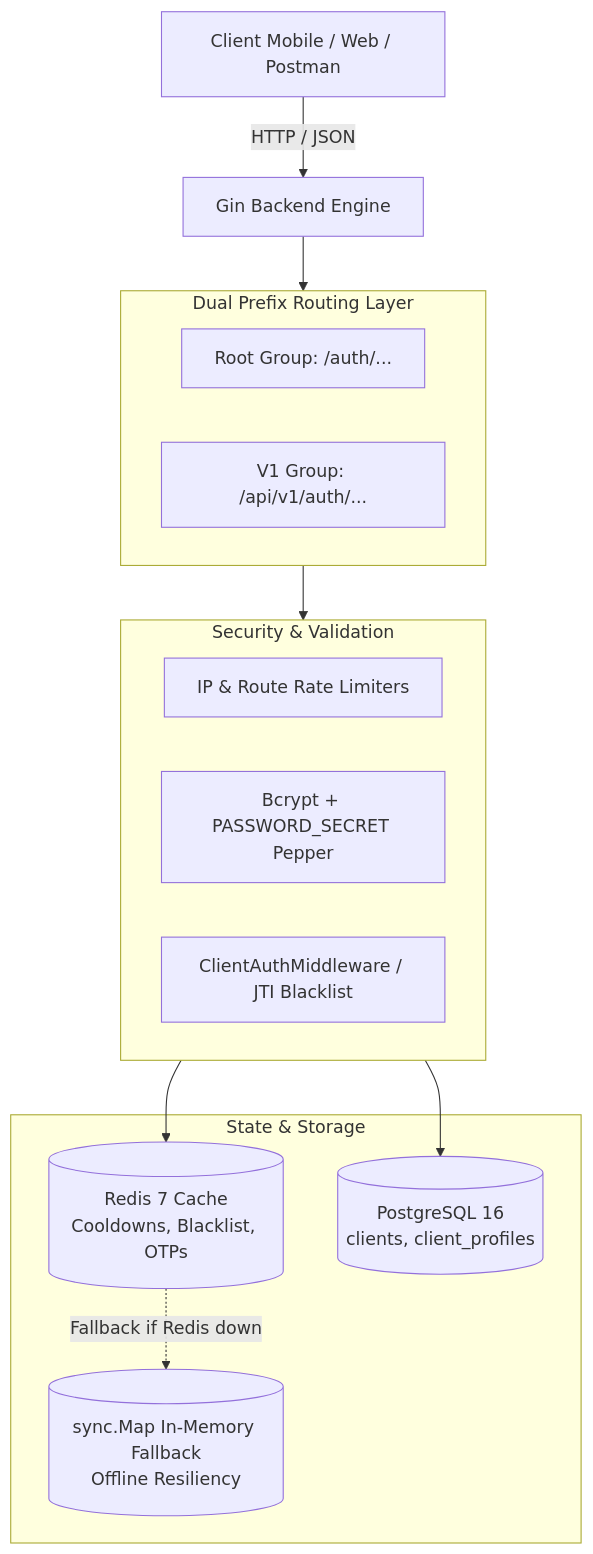
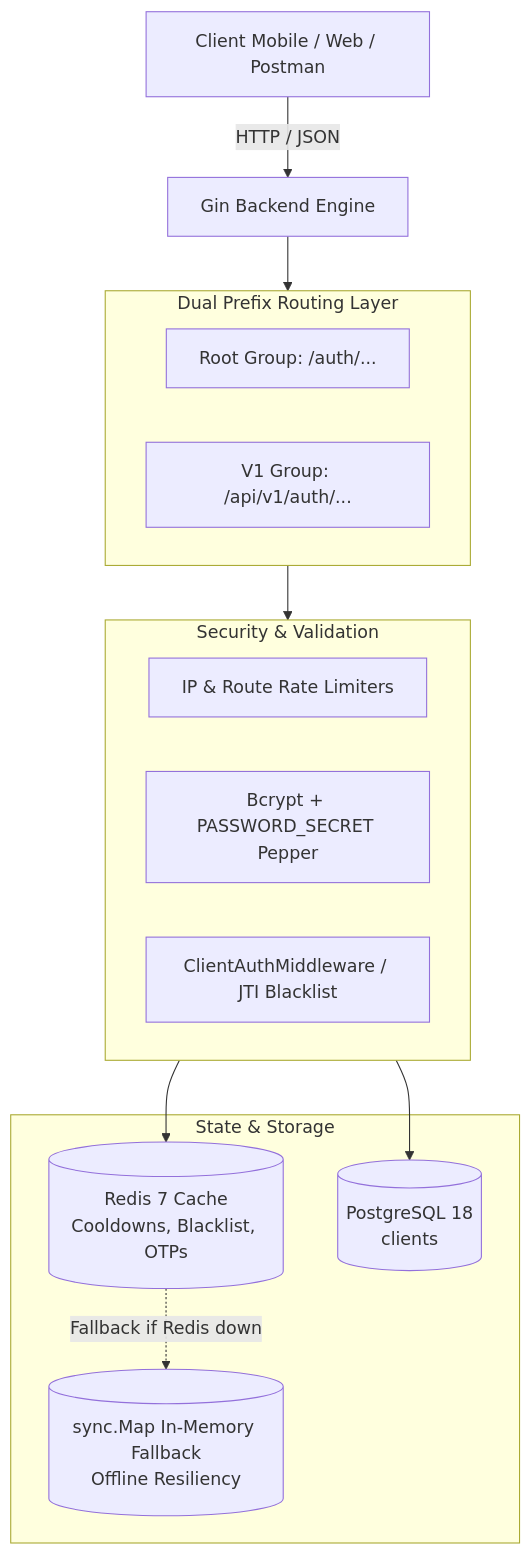
One commit to OmkarGeedh/GamifiedQuizApp_digitalHQ changed the first of 2 diagrams in docs/auth.md. Above: the diagram before and after it, drawn with Mermaid. The commit also changed 17 other files, not shown here.

First line of the commit message:
refactor!: read the flattened schema and deal Match boards per chapter

````diff
--- a/docs/auth.md
+++ b/docs/auth.md
@@ -9,29 +9,29 @@
 ```mermaid
 graph TD
     Client[Client Mobile / Web / Postman] -->|HTTP / JSON| API[Gin Backend Engine]
     
     subgraph Routing[Dual Prefix Routing Layer]
         R1[Root Group: /auth/...]
         R2[V1 Group: /api/v1/auth/...]
     end
 
     API --> Routing
 
     subgraph Security[Security & Validation]
         RateLimit[IP & Route Rate Limiters]
         Pepper[Bcrypt + PASSWORD_SECRET Pepper]
         JWTAuth[ClientAuthMiddleware / JTI Blacklist]
     end
 
     Routing --> Security
 
     subgraph State[State & Storage]
         Redis[(Redis 7 Cache<br/>Cooldowns, Blacklist, OTPs)]
         MemFallback[(sync.Map In-Memory Fallback<br/>Offline Resiliency)]
-        PG[(PostgreSQL 16<br/>clients, client_profiles)]
+        PG[(PostgreSQL 18<br/>clients)]
     end
 
     Security --> Redis
     Redis -.->|Fallback if Redis down| MemFallback
     Security --> PG
 ```
````
